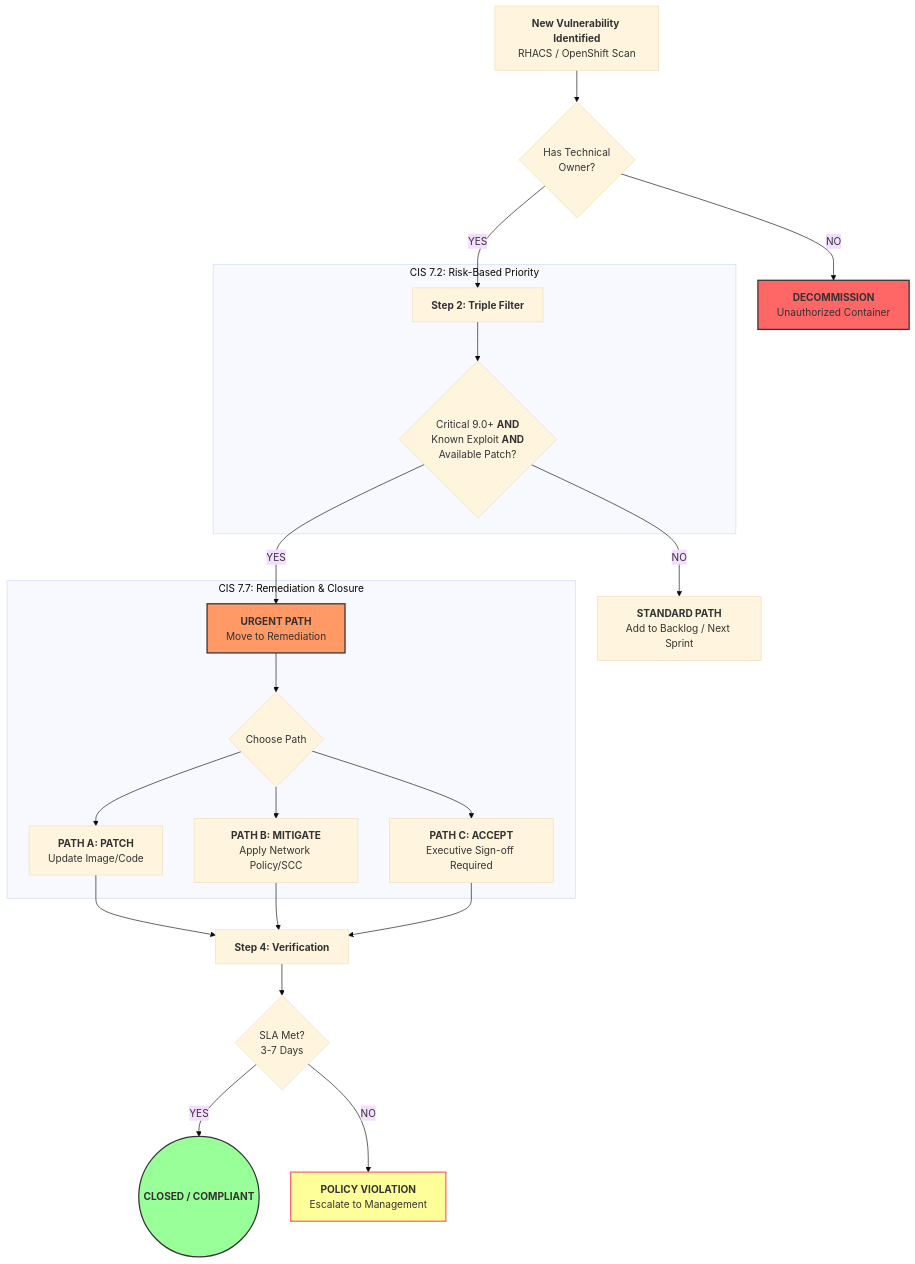
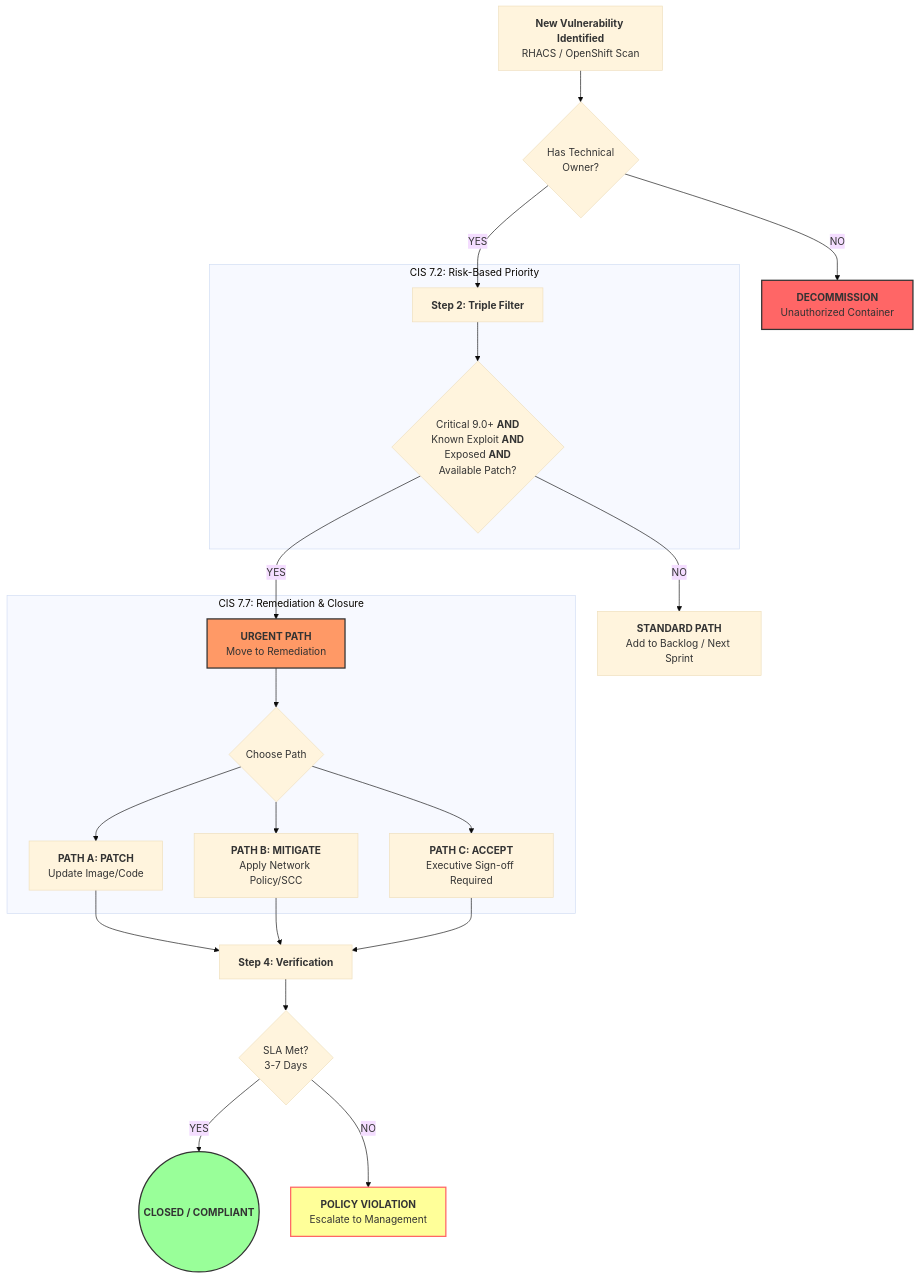
The diagram in use_cases/cis/cis-ContinuousVulnerabilityManagement.md (ralvares/security-demos), drawn with Mermaid (base theme) before and after one commit. The commit also changed other lines of this file and 1 other file, not shown here.

````diff
--- a/use_cases/cis/cis-ContinuousVulnerabilityManagement.md
+++ b/use_cases/cis/cis-ContinuousVulnerabilityManagement.md
@@ -57,39 +58,39 @@
 ```mermaid
 graph TD
     %% Step 1: Detection
     A[<b>New Vulnerability Identified</b><br/>RHACS / OpenShift Scan] --> B{Has Technical<br/>Owner?}
     B -- NO --> C[<b>DECOMMISSION</b><br/>Unauthorized Container]
     B -- YES --> D[<b>Step 2: Triple Filter</b>]
 
     %% Step 2: Triage
     subgraph Triage_Logic [CIS 7.2: Risk-Based Priority]
-    D --> E{Critical 9.0+ <b>AND</b><br/>Known Exploit <b>AND</b><br/>Available Patch?}
+    D --> E{Critical 9.0+ <b>AND</b><br/>Known Exploit <b>AND</b><br/>Exposed <b>AND</b><br/>Available Patch?}
     end
 
     E -- NO --> F[<b>STANDARD PATH</b><br/>Add to Backlog / Next Sprint]
     E -- YES --> G[<b>URGENT PATH</b><br/>Move to Remediation]
 
     %% Step 3: Remediation
     subgraph Remediation_Options [CIS 7.7: Remediation & Closure]
     G --> H{Choose Path}
     H --> I[<b>PATH A: PATCH</b><br/>Update Image/Code]
     H --> J[<b>PATH B: MITIGATE</b><br/>Apply Network Policy/SCC]
     H --> K[<b>PATH C: ACCEPT</b><br/>Executive Sign-off Required]
     end
 
     I --> L[<b>Step 4: Verification</b>]
     J --> L
     K --> L
 
     %% Step 4: Verification & SLA
     L --> M{SLA Met?<br/>3-7 Days}
     M -- YES --> N((<b>CLOSED / COMPLIANT</b>))
     M -- NO --> O[<b>POLICY VIOLATION</b><br/>Escalate to Management]
 
     %% Styling
     style C fill:#f66,stroke:#333,stroke-width:2px
     style N fill:#9f9,stroke:#333,stroke-width:2px
     style O fill:#ff9,stroke:#f66,stroke-width:2px
     style G fill:#f96,stroke:#333,stroke-width:2px
 
 ```
````
